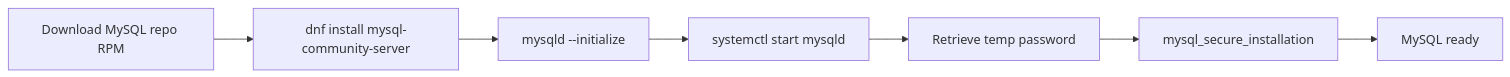
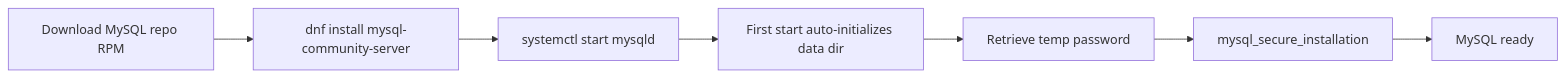
Before and after one commit to OneUptime/blog: the diagram in posts/2026-03-31-mysql-install-centos-9-stream/README.md, drawn with Mermaid. The commit also changed other lines of this file and 5153 other files, not shown here.

````diff
--- a/posts/2026-03-31-mysql-install-centos-9-stream/README.md
+++ b/posts/2026-03-31-mysql-install-centos-9-stream/README.md
@@ -15,9 +15,9 @@
 ```mermaid
 flowchart LR
     A[Download MySQL repo RPM] --> B[dnf install mysql-community-server]
-    B --> C[mysqld --initialize]
-    C --> D[systemctl start mysqld]
+    B --> C[systemctl start mysqld]
+    C --> D[First start auto-initializes data dir]
     D --> E[Retrieve temp password]
     E --> F[mysql_secure_installation]
     F --> G[MySQL ready]
 ```
````
